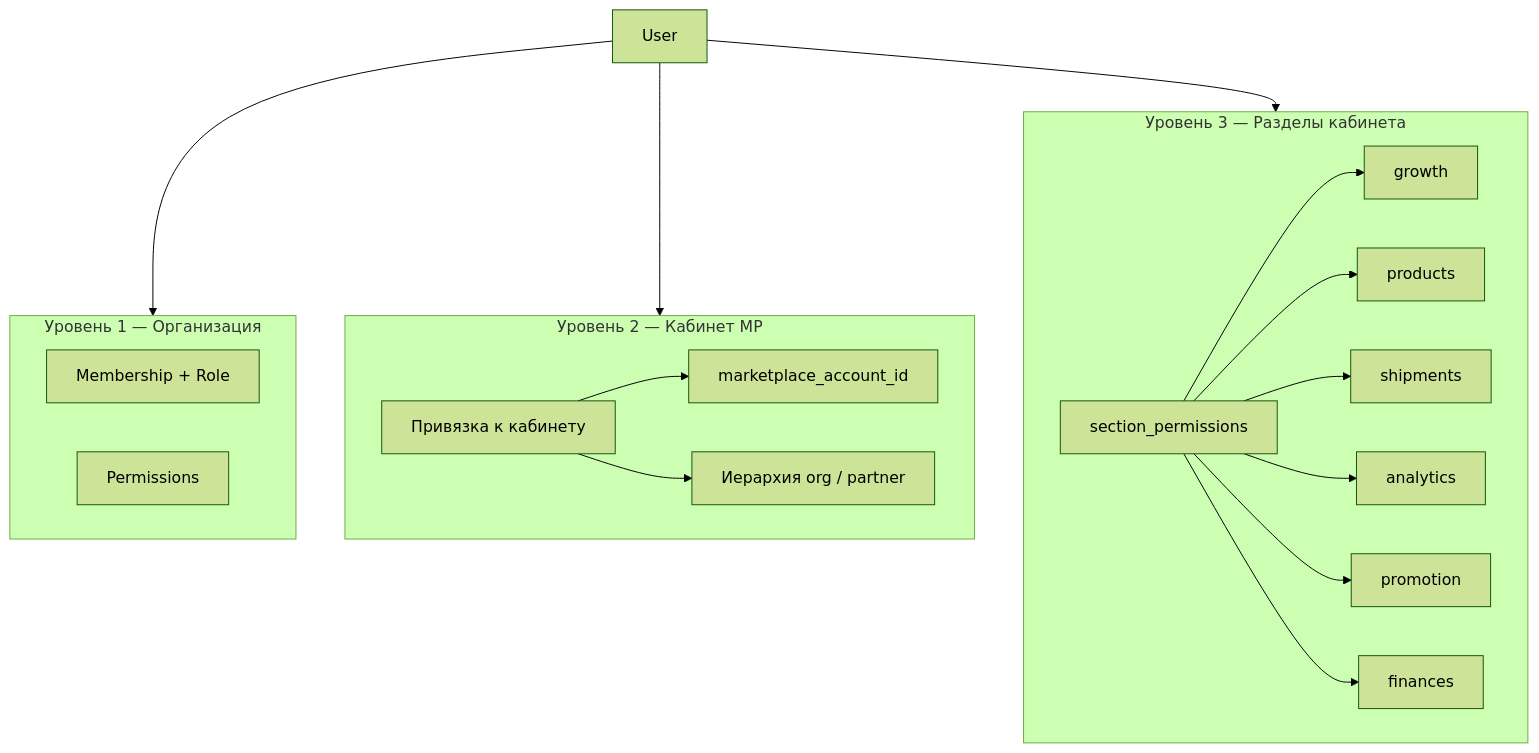
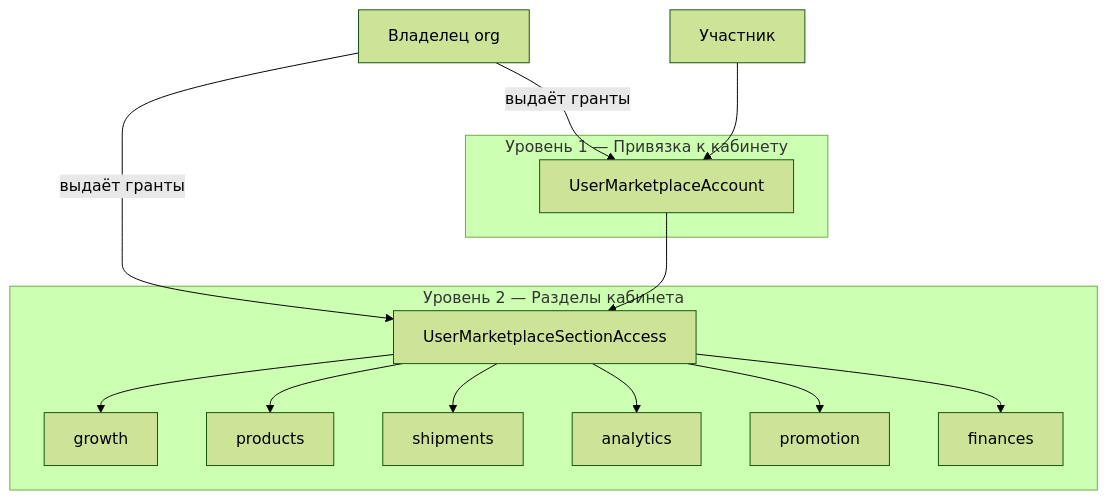
One commit to MarketHackerLabs/docs changed the first of 3 diagrams in architecture/marketplace-access-model.md. Above: the diagram before and after it, drawn with Mermaid (forest theme). The commit also changed other lines of this file and 9 other files, not shown here.

````diff
--- a/architecture/marketplace-access-model.md
+++ b/architecture/marketplace-access-model.md
@@ -9,27 +13,20 @@
 ```mermaid
 flowchart TB
-    subgraph tier1 [Уровень 1 — Организация]
-        MEM[Membership + Role]
-        PERM[Permissions]
+    subgraph tier1 [Уровень 1 — Привязка к кабинету]
+        ACC[UserMarketplaceAccount]
     end
 
-    subgraph tier2 [Уровень 2 — Кабинет MP]
-        ACC[Привязка к кабинету]
-        ACC --> MPA[marketplace_account_id]
-        ACC --> HIER[Иерархия org / partner]
-    end
-
-    subgraph tier3 [Уровень 3 — Разделы кабинета]
-        SEC[section_permissions]
+    subgraph tier2 [Уровень 2 — Разделы кабинета]
+        SEC[UserMarketplaceSectionAccess]
         SEC --> GROWTH[growth]
         SEC --> PROD[products]
         SEC --> SHIP[shipments]
         SEC --> ANAL[analytics]
         SEC --> PROMO[promotion]
         SEC --> FIN[finances]
     end
 
-    USER[User] --> tier1
-    USER --> tier2
-    USER --> tier3
+    OWNER[Владелец org] -->|выдаёт гранты| ACC
+    OWNER -->|выдаёт гранты| SEC
+    USER[Участник] --> ACC --> SEC
 ```
````
